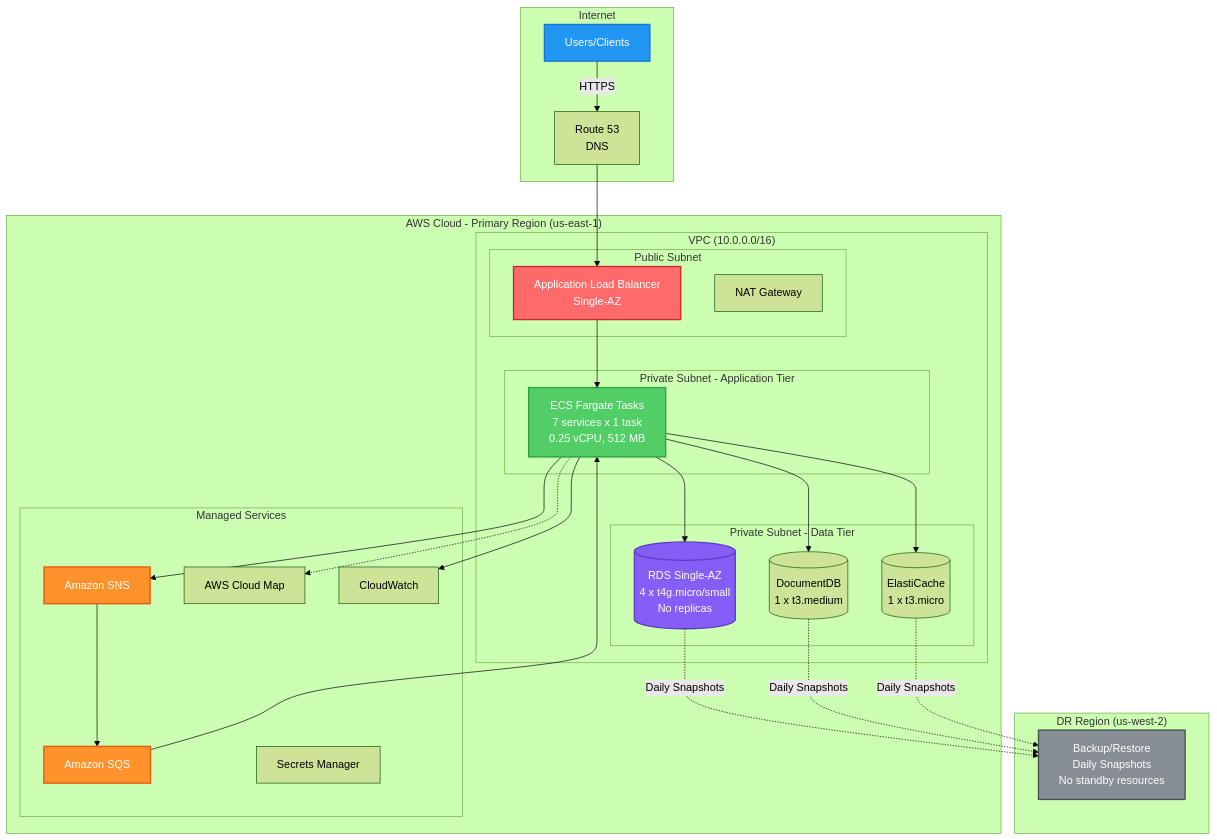
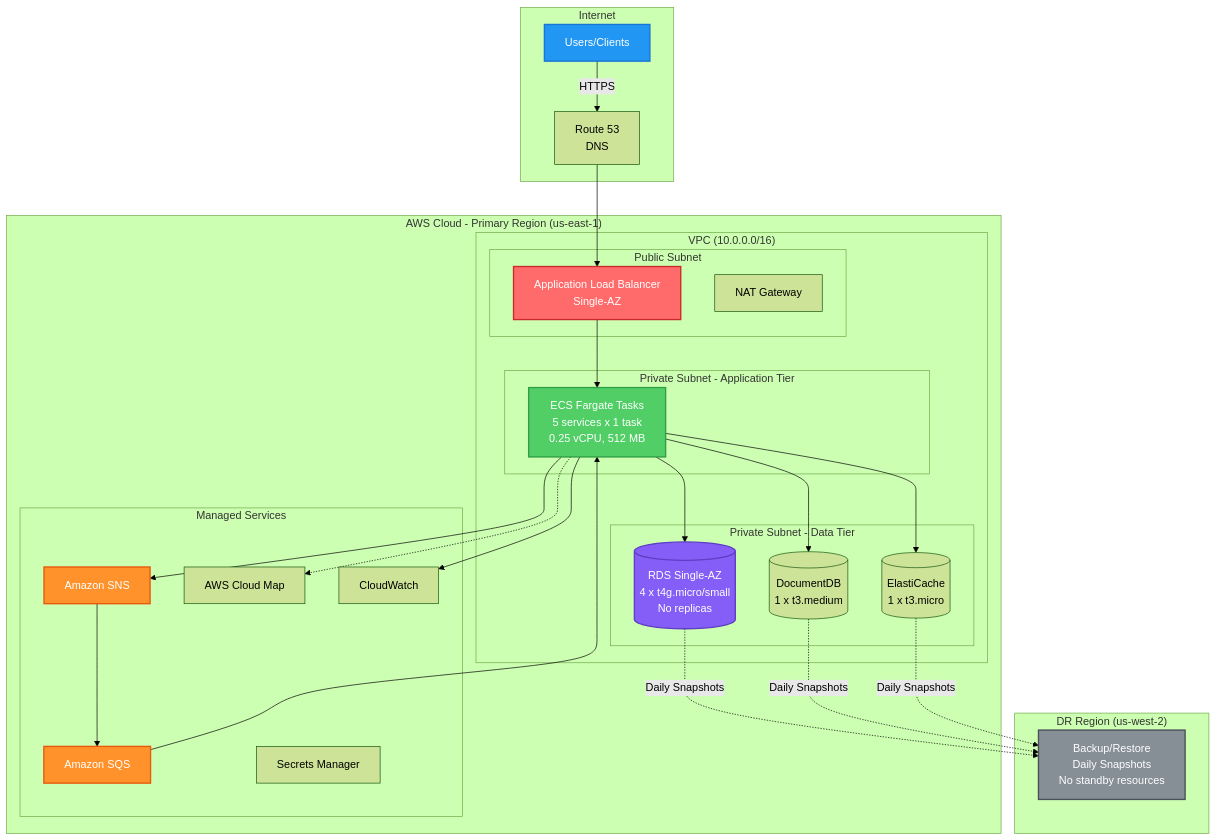
Before and after one commit to AmaliTech-Training-Academy/gep-backend: the first of 5 diagrams in docs/architecture/AWS_INFRASTRUCTURE_ARCHITECTURE-DEV.md, drawn with Mermaid (forest theme). The commit also changed other lines of this file, not shown here.

Commit message:
Updated architecture docs for dev

````diff
--- a/docs/architecture/AWS_INFRASTRUCTURE_ARCHITECTURE-DEV.md
+++ b/docs/architecture/AWS_INFRASTRUCTURE_ARCHITECTURE-DEV.md
@@ -1089,63 +1097,63 @@
 ```mermaid
 graph TB
     subgraph "Internet"
         Users[Users/Clients]
         Route53[Route 53<br/>DNS]
     end
 
     subgraph "AWS Cloud - Primary Region (us-east-1)"
         subgraph "VPC (10.0.0.0/16)"
             subgraph "Public Subnet"
                 ALB[Application Load Balancer<br/>Single-AZ]
                 NAT[NAT Gateway]
             end
 
             subgraph "Private Subnet - Application Tier"
-                ECS[ECS Fargate Tasks<br/>7 services x 1 task<br/>0.25 vCPU, 512 MB]
+                ECS[ECS Fargate Tasks<br/>5 services x 1 task<br/>0.25 vCPU, 512 MB]
             end
 
             subgraph "Private Subnet - Data Tier"
                 RDS[(RDS Single-AZ<br/>4 x t4g.micro/small<br/>No replicas)]
                 DocDB[(DocumentDB<br/>1 x t3.medium)]
                 Redis[(ElastiCache<br/>1 x t3.micro)]
             end
         end
 
         subgraph "Managed Services"
             SNS[Amazon SNS]
             SQS[Amazon SQS]
             CloudMap[AWS Cloud Map]
             Secrets[Secrets Manager]
             CloudWatch[CloudWatch]
         end
     end
 
     subgraph "DR Region (us-west-2)"
         DRResources[Backup/Restore<br/>Daily Snapshots<br/>No standby resources]
     end
 
     Users -->|HTTPS| Route53
     Route53 --> ALB
     ALB --> ECS
     
     ECS --> RDS
     ECS --> DocDB
     ECS --> Redis
     ECS --> SNS
     SNS --> SQS
     SQS --> ECS
     ECS -.-> CloudMap
     ECS --> CloudWatch
     
     RDS -.->|Daily Snapshots| DRResources
     DocDB -.->|Daily Snapshots| DRResources
     Redis -.->|Daily Snapshots| DRResources
 
     style Users fill:#2196F3,stroke:#1976D2,stroke-width:2px,color:#fff
     style ALB fill:#FF6B6B,stroke:#C92A2A,stroke-width:2px,color:#fff
     style ECS fill:#51CF66,stroke:#2F9E44,stroke-width:2px,color:#fff
     style RDS fill:#845EF7,stroke:#5F3DC4,stroke-width:2px,color:#fff
     style SNS fill:#FF922B,stroke:#E8590C,stroke-width:2px,color:#fff
     style SQS fill:#FF922B,stroke:#E8590C,stroke-width:2px,color:#fff
     style DRResources fill:#868E96,stroke:#495057,stroke-width:2px,color:#fff
 ```
````
